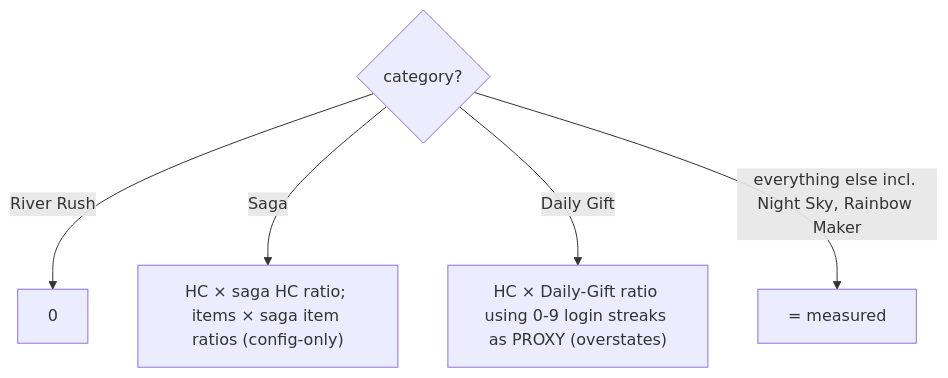
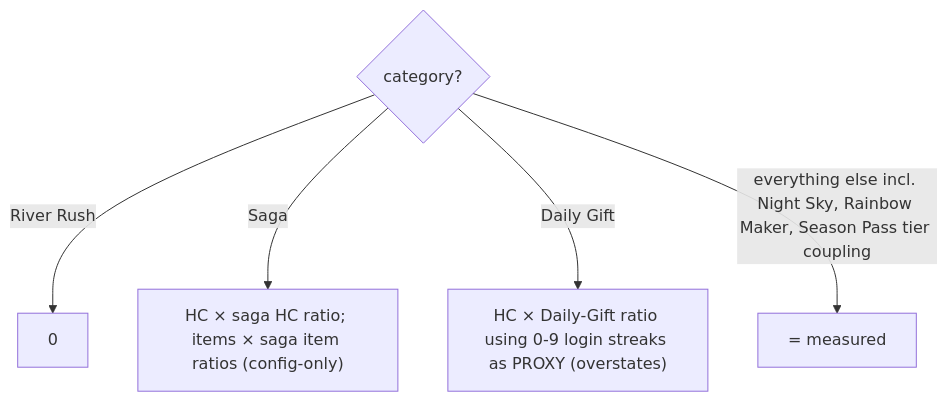
Before and after one commit to Teatree/r_live_ops_2: diagram 11 of 12 in SIMULATION_METHODOLOGY.md, drawn with Mermaid. The commit also changed other lines of this file and 26 other files, not shown here.

````diff
--- a/SIMULATION_METHODOLOGY.md
+++ b/SIMULATION_METHODOLOGY.md
@@ -985,7 +991,7 @@
 ```mermaid
 flowchart TD
   C{"category?"} -->|River Rush| Z["0"]
   C -->|Saga| SG["HC × saga HC ratio; items × saga item ratios (config-only)"]
   C -->|Daily Gift| DG["HC × Daily-Gift ratio using 0-9 login streaks as PROXY (overstates)"]
-  C -->|everything else incl. Night Sky, Rainbow Maker| CARRY["= measured"]
+  C -->|everything else incl. Night Sky, Rainbow Maker, Season Pass tier coupling| CARRY["= measured"]
 ```
````
